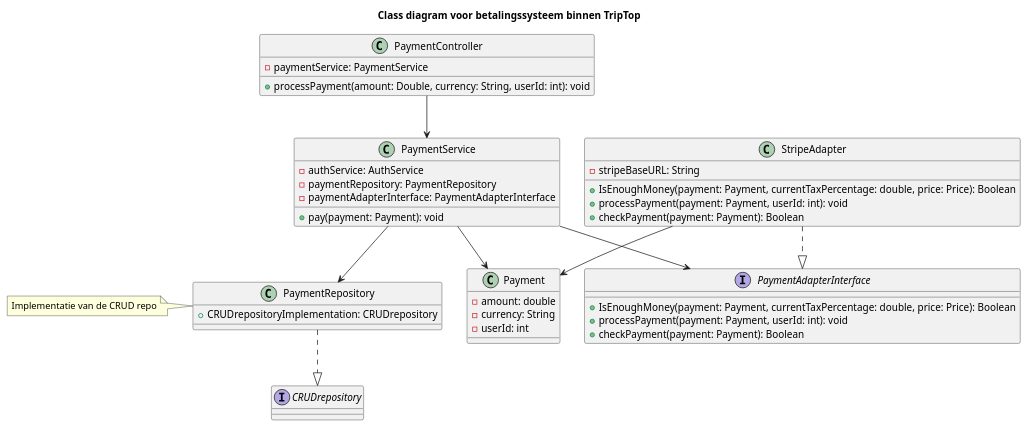
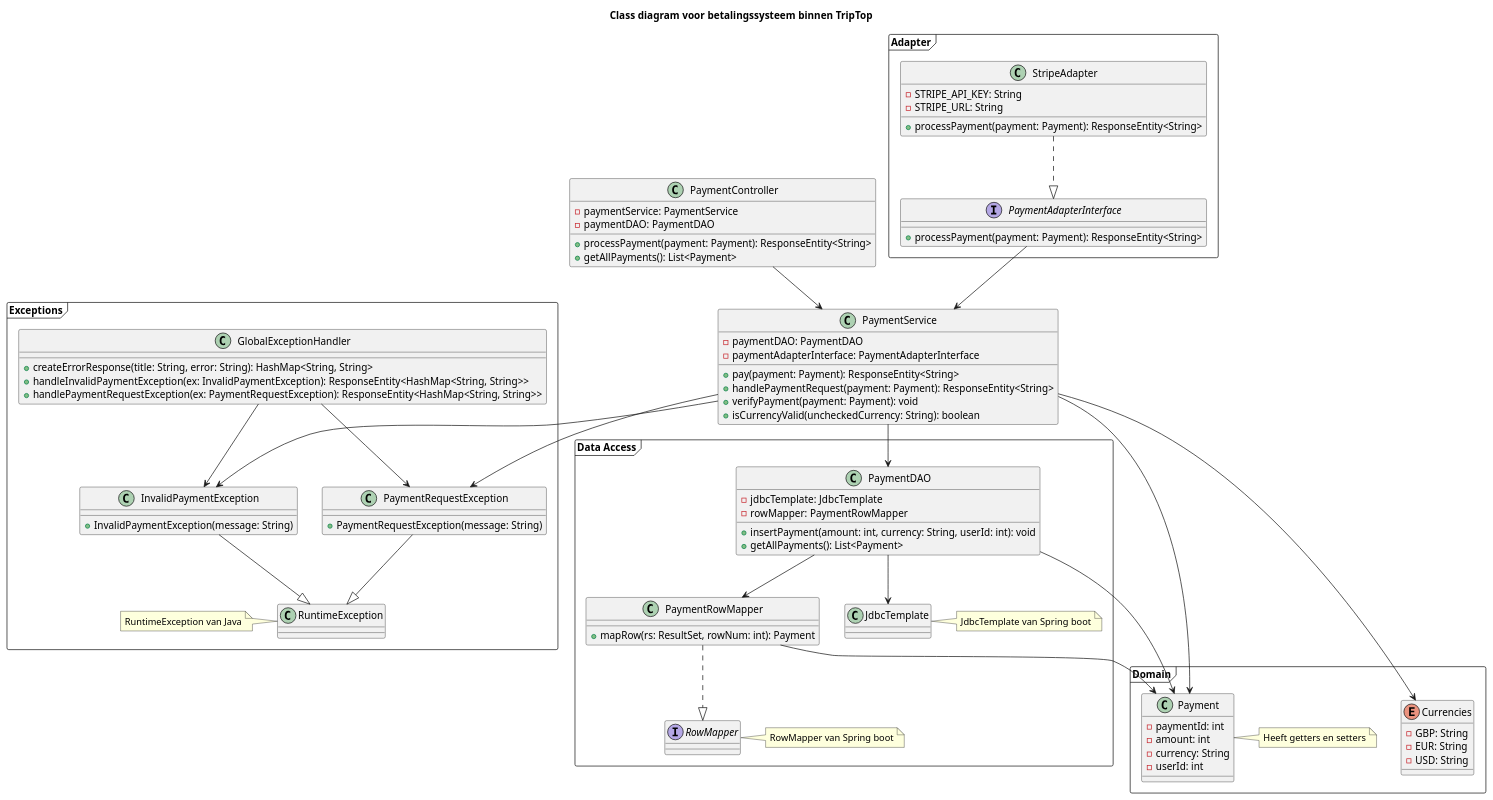
Before and after one commit to AIM-ENE-feb25/triptop-groep-b6: the diagram in gemaakte-werk-daniel/week-2/les-4/les/class-diagram-adapter.puml, drawn with PlantUML.

```diff
--- a/gemaakte-werk-daniel/week-2/les-4/les/class-diagram-adapter.puml
+++ b/gemaakte-werk-daniel/week-2/les-4/les/class-diagram-adapter.puml
@@ -1,56 +1,127 @@
 @startuml
 
 title Class diagram voor betalingssysteem binnen TripTop
 
-Class Payment {
-    - amount: double
-    - currency: String
-    - userId: int
+frame "Domain" {
+    Class Payment {
+        - paymentId: int
+        - amount: int
+        - currency: String
+        - userId: int
+    }
+    note right of Payment
+        Heeft getters en setters
+    end note
+
+    Enum Currencies {
+        - GBP: String
+        - EUR: String
+        - USD: String
+    }
+}
+
+
+frame "Data Access" {
+    Class PaymentDAO {
+        - jdbcTemplate: JdbcTemplate
+        - rowMapper: PaymentRowMapper
+        + insertPayment(amount: int, currency: String, userId: int): void
+        + getAllPayments(): List<Payment>
+    }
+
+    Class PaymentRowMapper {
+        + mapRow(rs: ResultSet, rowNum: int): Payment
+    }
+
+    Interface RowMapper {
+
+    }
+    note right of RowMapper
+        RowMapper van Spring boot
+    end note
+
+    Class JdbcTemplate {
+
+    }
+    note right of JdbcTemplate
+        JdbcTemplate van Spring boot
+    end note
+}
+
+
+
+frame "Exceptions" {
+    Class InvalidPaymentException {
+        + InvalidPaymentException(message: String)
+    }
+
+    Class PaymentRequestException {
+        + PaymentRequestException(message: String)
+    }
+
+    Class GlobalExceptionHandler {
+        + createErrorResponse(title: String, error: String): HashMap<String, String>
+        + handleInvalidPaymentException(ex: InvalidPaymentException): ResponseEntity<HashMap<String, String>>
+        + handlePaymentRequestException(ex: PaymentRequestException): ResponseEntity<HashMap<String, String>>
+    }
+
+    Class RuntimeException {
+
+    }
+    note left of RuntimeException
+        RuntimeException van Java
+    end note
+
 }
 
 class PaymentController {
     - paymentService: PaymentService
-    + processPayment(amount: Double, currency: String, userId: int): void
+    - paymentDAO: PaymentDAO
+    + processPayment(payment: Payment): ResponseEntity<String>
+    + getAllPayments(): List<Payment>
 }
 
 Class PaymentService {
-    - authService: AuthService
-    - paymentRepository: PaymentRepository
+    - paymentDAO: PaymentDAO
     - paymentAdapterInterface: PaymentAdapterInterface
-    + pay(payment: Payment): void
+    + pay(payment: Payment): ResponseEntity<String>
+    + handlePaymentRequest(payment: Payment): ResponseEntity<String>
+    + verifyPayment(payment: Payment): void
+    + isCurrencyValid(uncheckedCurrency: String): boolean
+}
+frame "Adapter" {
+    Class StripeAdapter {
+        - STRIPE_API_KEY: String
+        - STRIPE_URL: String
+        + processPayment(payment: Payment): ResponseEntity<String>
+    }
+
+
+    Interface PaymentAdapterInterface {
+        + processPayment(payment: Payment): ResponseEntity<String>
+    }
 }
 
-Class StripeAdapter {
-    - stripeBaseURL: String
-    + IsEnoughMoney(payment: Payment, currentTaxPercentage: double, price: Price): Boolean
-    + processPayment(payment: Payment, userId: int): void
-    + checkPayment(payment: Payment): Boolean
-}
-
-Interface PaymentAdapterInterface {
-    + IsEnoughMoney(payment: Payment, currentTaxPercentage: double, price: Price): Boolean
-    + processPayment(payment: Payment, userId: int): void
-    + checkPayment(payment: Payment): Boolean
-}
-
-Class PaymentRepository {
-    + CRUDrepositoryImplementation: CRUDrepository
-}
-
-Interface CRUDrepository {
-    
-}
-
-note left of PaymentRepository
-  Implementatie van de CRUD repo
-end note
 
 PaymentController --> PaymentService
-PaymentService --> PaymentRepository
 PaymentService --> Payment
-PaymentService -->  PaymentAdapterInterface
+PaymentAdapterInterface --> PaymentService  
+' PaymentService -->  PaymentAdapterInterface
+
+PaymentService --> PaymentDAO
+PaymentService --> Currencies
+PaymentService --> InvalidPaymentException
+PaymentService --> PaymentRequestException
+GlobalExceptionHandler --> InvalidPaymentException
+GlobalExceptionHandler --> PaymentRequestException
+InvalidPaymentException --|> RuntimeException
+PaymentRequestException --|> RuntimeException
+PaymentDAO --> PaymentRowMapper
+PaymentDAO --> JdbcTemplate
+PaymentDAO --> Payment
+PaymentRowMapper --> Payment
+PaymentRowMapper ..|> RowMapper
 StripeAdapter ..|> PaymentAdapterInterface
-StripeAdapter --> Payment
-PaymentRepository ..|> CRUDrepository
+' PaymentRepository ..|> CRUDrepository
 
 @enduml
```
